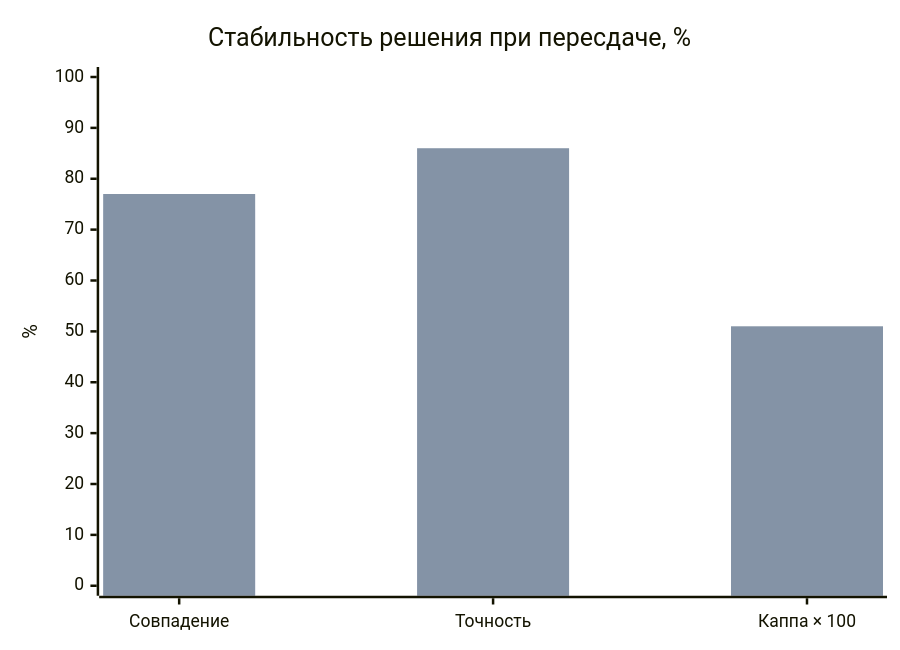
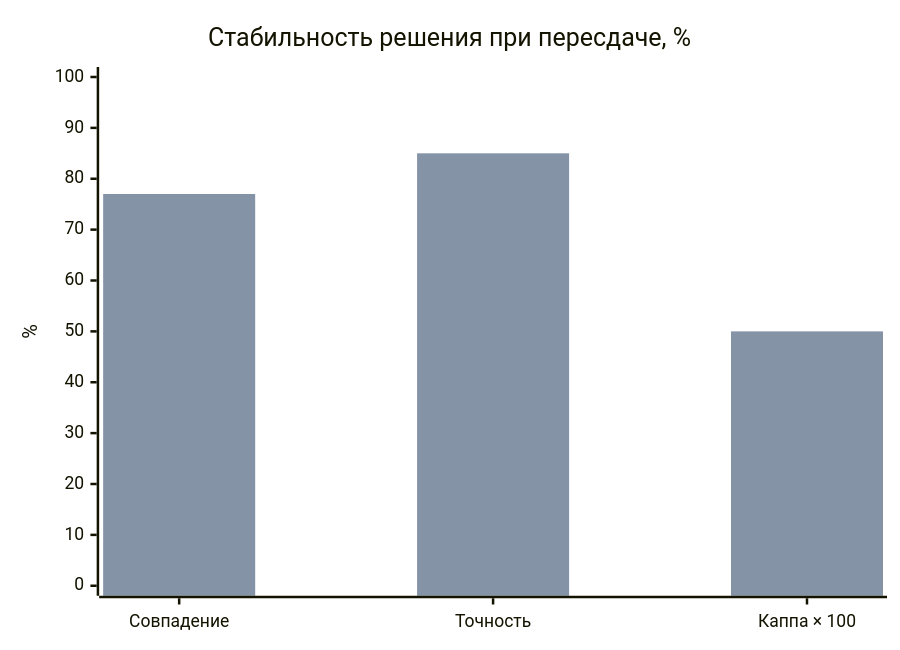
Before and after one commit to ShadowFiend1337/hh_platform: the second of 3 diagrams in docs/assessment_validation_results.md, drawn with Mermaid. The commit also changed other lines of this file and 19 other files, not shown here.

````diff
--- a/docs/assessment_validation_results.md
+++ b/docs/assessment_validation_results.md
@@ -44,8 +44,8 @@
 ```mermaid
 xychart-beta
   title "Стабильность решения при пересдаче, %"
   x-axis ["Совпадение", "Точность", "Каппа × 100"]
   y-axis "%" 0 --> 100
-  bar [74, 83, 46]
-  bar [77, 86, 51]
+  bar [75, 83, 48]
+  bar [77, 85, 50]
 ```
````
